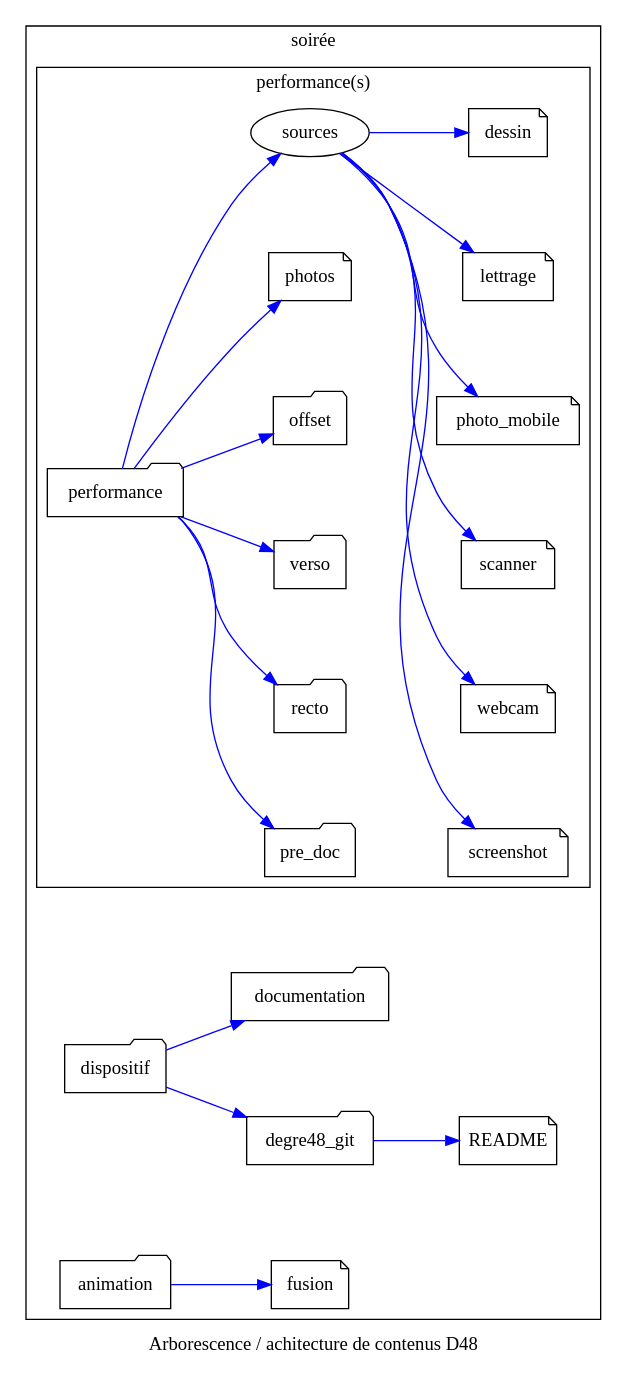
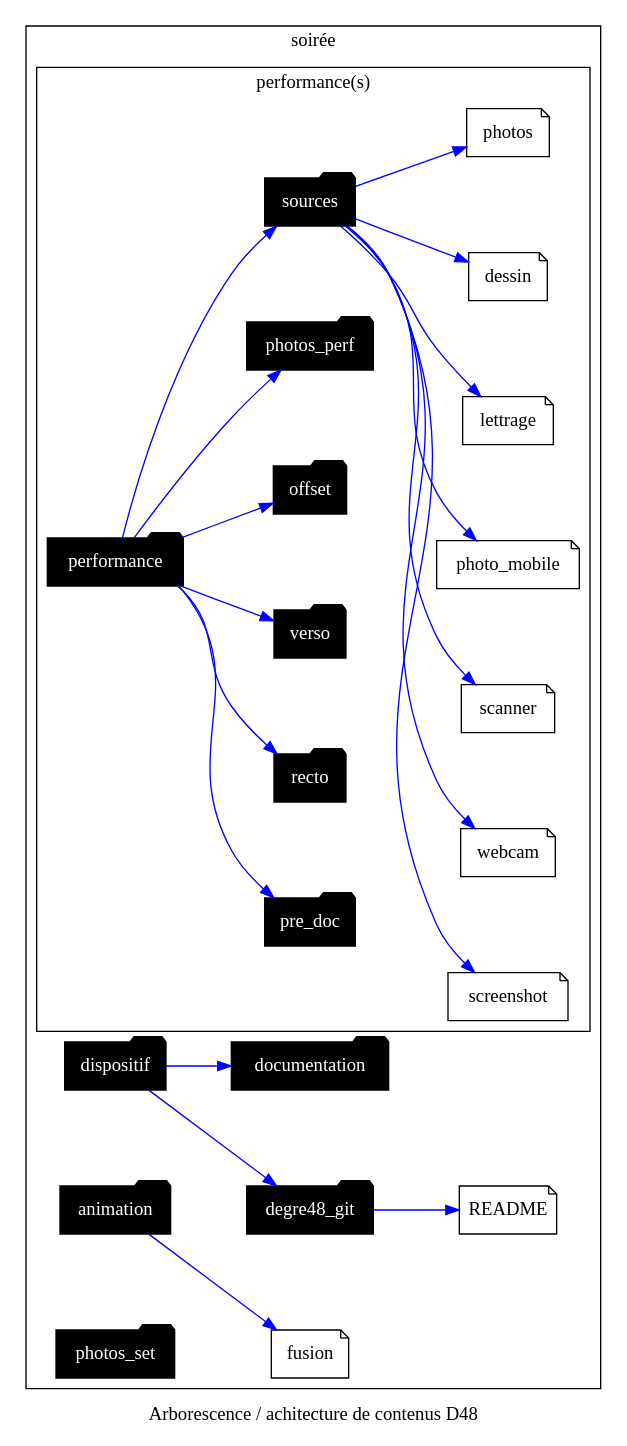
One commit to dcfvg/degre48-timemachine changed the diagram in content-architecture.dot. Above: the diagram before and after it, drawn with Graphviz.

Commit message:
archi update

```diff
--- a/content-architecture.dot
+++ b/content-architecture.dot
@@ -1,40 +1,41 @@
 digraph {	
 	label="Arborescence / achitecture de contenus D48"
 	nodesep=1
 	rankdir="LR"
 	
 	fontname="myriadpro"
 	node[fontname="myriadpro"]
 	edge[fontname="monaco", fontsize=9, style="filled", color=blue, fontcolor=blue]
 
 	subgraph dir {
-		node[shape="folder"]
+		node[shape="folder", color=black, style="filled", fontcolor=white]
+
 		dispositif, degre48_git, documentation, performance, animation,
-		 pre_doc, recto, verso, offset 
+		 pre_doc, recto, verso, offset, photos_set, photos_perf, sources
 	}
 	subgraph file {
 		node[shape="note"]
 		README, screenshot, webcam, scanner, photo_mobile, 
-		lettrage, dessin, photos, fusion
+		lettrage, dessin, photos_perf, fusion, photos
 	}
 	
 	subgraph cluster_sets {
 		label="soirée"
 		
 		dispositif -> degre48_git -> README
 		dispositif -> documentation
 		animation -> fusion
-		photos 
+		photos_set 
 		
 		subgraph cluster_perf {
 			label="performance(s)"
 			
-			performance -> { sources, photos, pre_doc, recto, verso, offset }
+			performance -> { sources, photos_perf, pre_doc, recto, verso, offset }
 			sources -> { 
-				screenshot, webcam, scanner, photo_mobile, lettrage, dessin
+				screenshot, webcam, scanner, photo_mobile, lettrage, dessin, photos
 			}
-			photos
+			photos_perf
 			
 		}		
 	}
 }
```
